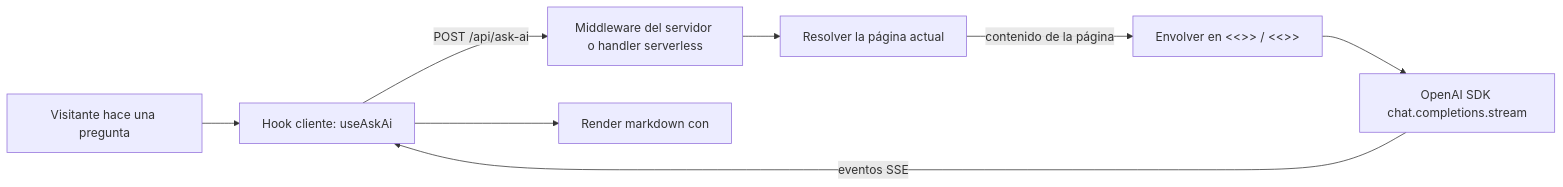
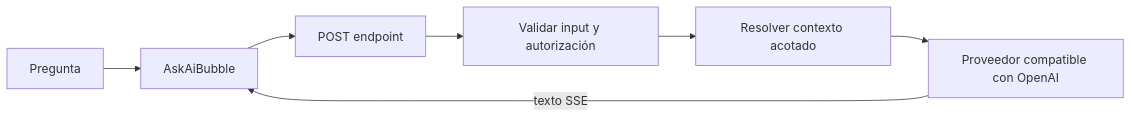
The diagram in docs/docs/es/(plugins)/content/plugin-ask-ai.mdx (bolt-docs/boltdocs), drawn with Mermaid before and after one commit. The commit also changed other lines of this file and 133 other files, not shown here.

Commit message:
chore: checkpoint 3.4 performance and migration roadmap

````diff
--- a/docs/docs/es/(plugins)/content/plugin-ask-ai.mdx
+++ b/docs/docs/es/(plugins)/content/plugin-ask-ai.mdx
@@ -19,10 +16,9 @@
 ```mermaid
 flowchart LR
-  A[Visitante hace una pregunta] --> B[Hook cliente: useAskAi]
-  B -->|POST /api/ask-ai| C[Middleware del servidor o handler serverless]
-  C --> D[Resolver la página actual]
-  D -->|contenido de la página| E[Envolver en <<<DOCS_START>>> / <<<DOCS_END>>>]
-  E --> F[OpenAI SDK chat.completions.stream]
-  F -->|eventos SSE| B
-  B --> G[Render markdown con <Streamdown>]
+  A[Pregunta] --> B[AskAiBubble]
+  B --> C[POST endpoint]
+  C --> D[Validar input y autorización]
+  D --> E[Resolver contexto acotado]
+  E --> F[Proveedor compatible con OpenAI]
+  F -->|texto SSE| B
 ```
````
